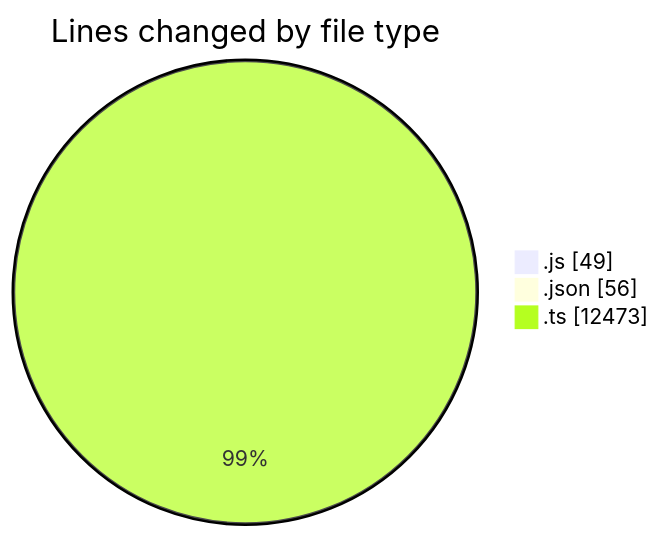
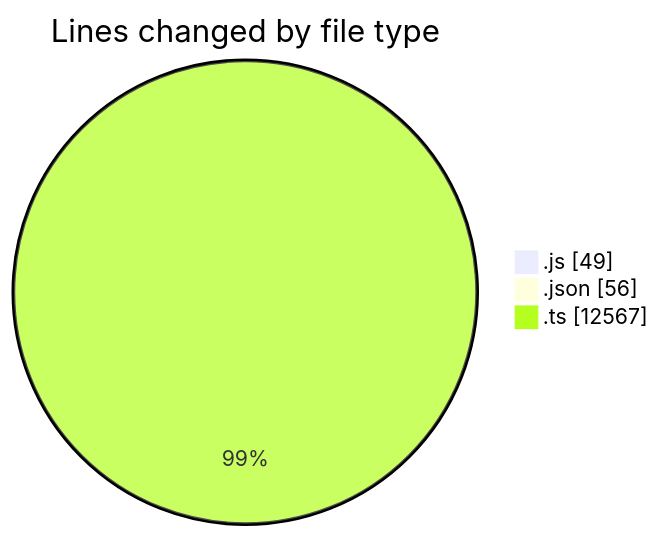
The first of 2 diagrams in 2025-09-04/cda/README.md (momahboobian/code-tracking), drawn with Mermaid before and after one commit. The commit also changed other lines of this file and 1 other file, not shown here.

````diff
--- a/2025-09-04/cda/README.md
+++ b/2025-09-04/cda/README.md
@@ -25,7 +26,7 @@
 ```mermaid
 pie showData
 title Lines changed by file type
 ".js" : 49
 ".json" : 56
-".ts" : 12473
+".ts" : 12567
 ```
````
